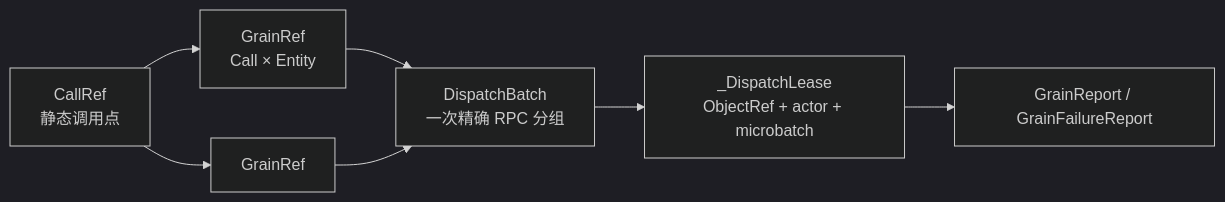
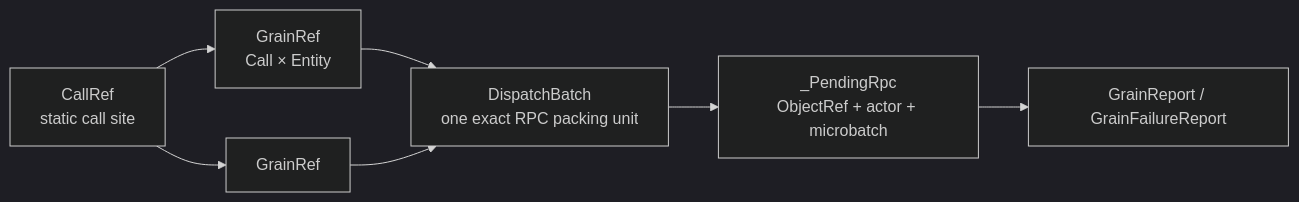
One commit to OpenDCAI/RayOrch changed the third of 3 diagrams in docs/multigrain_v3_6_naming.md. Above: the diagram before and after it, drawn with Mermaid (dark theme). The commit also changed other lines of this file and 31 other files, not shown here.

Commit message:
docs(v3.6): publish bilingual architecture guides

````diff
--- a/docs/multigrain_v3_6_naming.md
+++ b/docs/multigrain_v3_6_naming.md
@@ -291,9 +405,9 @@
 ```mermaid
 flowchart LR
-    Call["CallRef<br/>静态调用点"] --> Grain1["GrainRef<br/>Call × Entity"]
+    Call["CallRef<br/>static call site"] --> Grain1["GrainRef<br/>Call × Entity"]
     Call --> Grain2["GrainRef"]
-    Grain1 --> Batch["DispatchBatch<br/>一次精确 RPC 分组"]
+    Grain1 --> Batch["DispatchBatch<br/>one exact RPC packing unit"]
     Grain2 --> Batch
-    Batch --> Lease["_DispatchLease<br/>ObjectRef + actor + microbatch"]
-    Lease --> Reports["GrainReport / GrainFailureReport"]
+    Batch --> PendingRpc["_PendingRpc<br/>ObjectRef + actor + microbatch"]
+    PendingRpc --> Reports["GrainReport / GrainFailureReport"]
 ```
````
